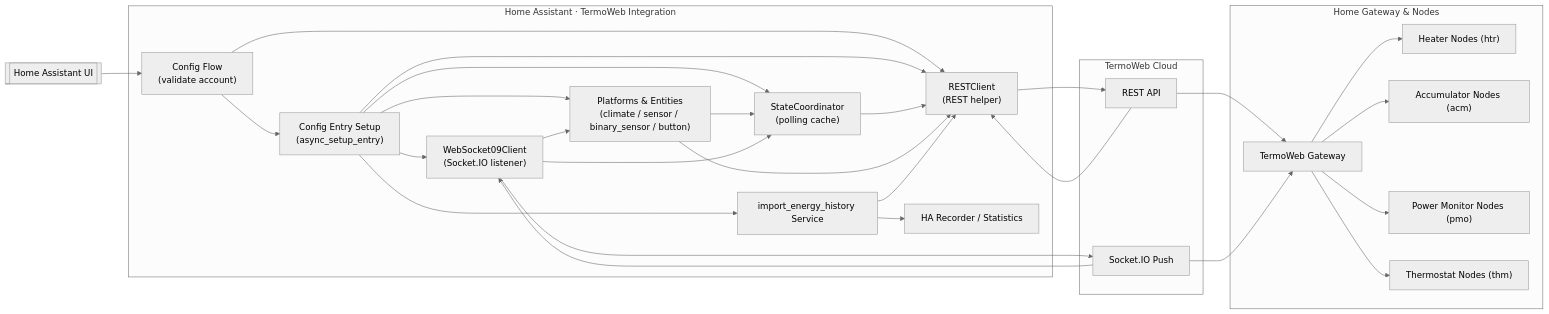
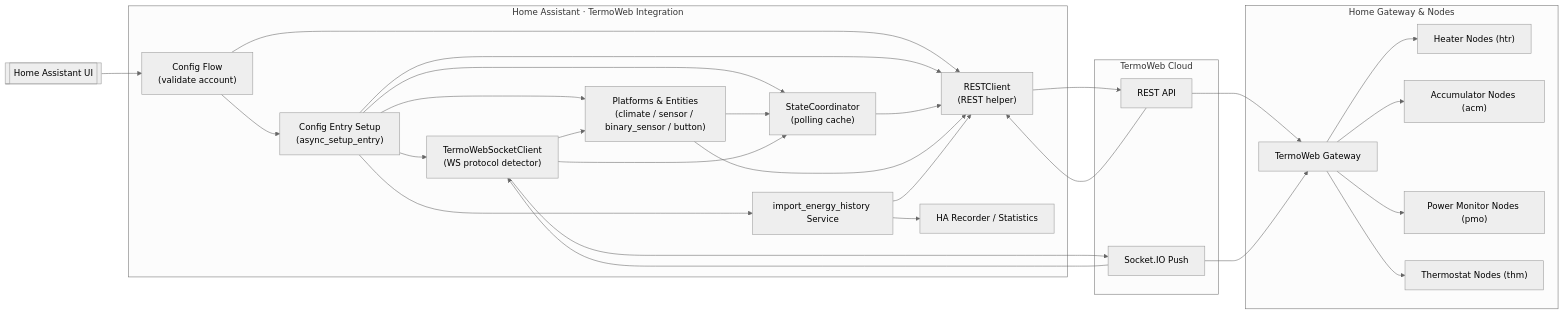
One commit to ha-termoweb/ha-termoweb changed the first of 2 diagrams in docs/architecture.md. Above: the diagram before and after it, drawn with Mermaid (neutral theme). The commit also changed other lines of this file and 4 other files, not shown here.

````diff
--- a/docs/architecture.md
+++ b/docs/architecture.md
@@ -18,57 +18,57 @@
 ```mermaid
 flowchart LR
     User[[Home Assistant UI]]
 
     subgraph HA[Home Assistant · TermoWeb Integration]
         CF["Config Flow\n(validate account)"]
         Setup["Config Entry Setup\n(async_setup_entry)"]
         Client["RESTClient\n(REST helper)"]
         Coord["StateCoordinator\n(polling cache)"]
         Entities["Platforms & Entities\n(climate / sensor / binary_sensor / button)"]
-        WS["WebSocket09Client\n(Socket.IO listener)"]
+    WS["TermoWebSocketClient\n(WS protocol detector)"]
         Service[import_energy_history Service]
         Recorder[HA Recorder / Statistics]
     end
 
     subgraph Cloud[TermoWeb Cloud]
         REST[REST API]
         Socket[Socket.IO Push]
     end
 
     subgraph Field[Home Gateway & Nodes]
         Gateway[TermoWeb Gateway]
         Htr["Heater Nodes (htr)"]
         Acm["Accumulator Nodes (acm)"]
         Pmo["Power Monitor Nodes (pmo)"]
         Thm["Thermostat Nodes (thm)"]
     end
 
     User --> CF
     CF --> Client
     CF --> Setup
     Setup --> Client
     Setup --> Coord
     Setup --> WS
     Setup --> Entities
     Setup --> Service
 
     Coord --> Client
     Client --> REST
     REST --> Client
     Entities --> Coord
     Entities --> Client
     WS --> Socket
     Socket --> WS
     WS --> Coord
     WS --> Entities
 
     Service --> Client
     Service --> Recorder
 
     REST --> Gateway
     Socket --> Gateway
     Gateway --> Htr
     Gateway --> Acm
     Gateway --> Pmo
     Gateway --> Thm
 ```
````
